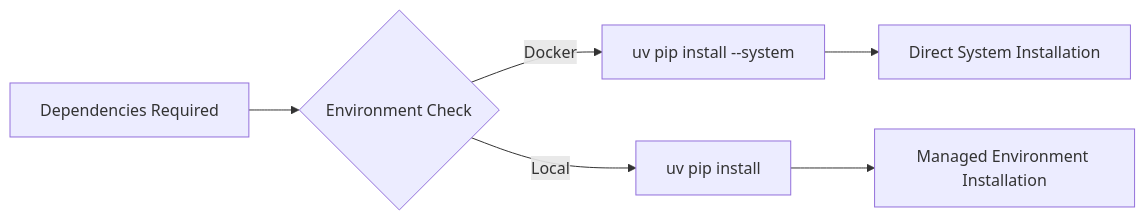
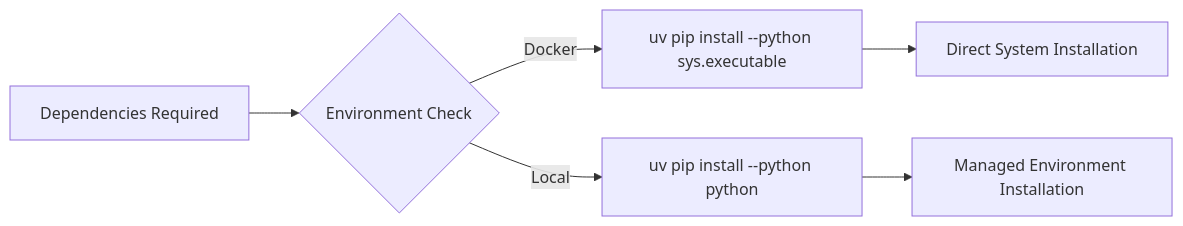
Before and after one commit to runpod-workers/flash: the second of 3 diagrams in docs/System_Python_Runtime_Architecture.md, drawn with Mermaid. The commit also changed other lines of this file and 5 other files, not shown here.

````diff
--- a/docs/System_Python_Runtime_Architecture.md
+++ b/docs/System_Python_Runtime_Architecture.md
@@ -31,8 +31,8 @@
 ```mermaid
 flowchart LR
     A[Dependencies Required] --> B{Environment Check}
-    B -->|Docker| C[uv pip install --system]
-    B -->|Local| D[uv pip install]
+    B -->|Docker| C[uv pip install --python sys.executable]
+    B -->|Local| D[uv pip install --python python]
     C --> E[Direct System Installation]
     D --> F[Managed Environment Installation]
 ```
````
